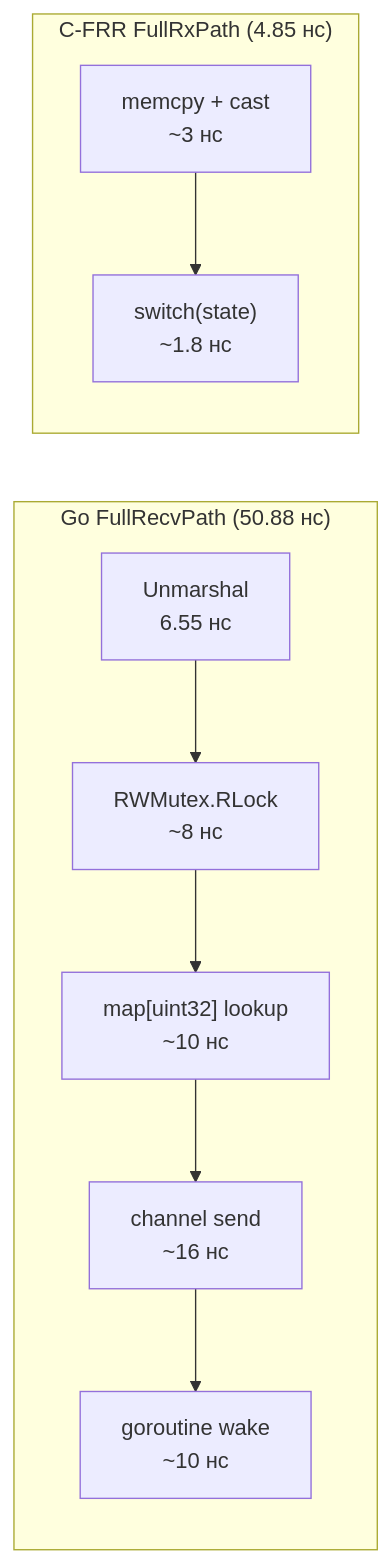
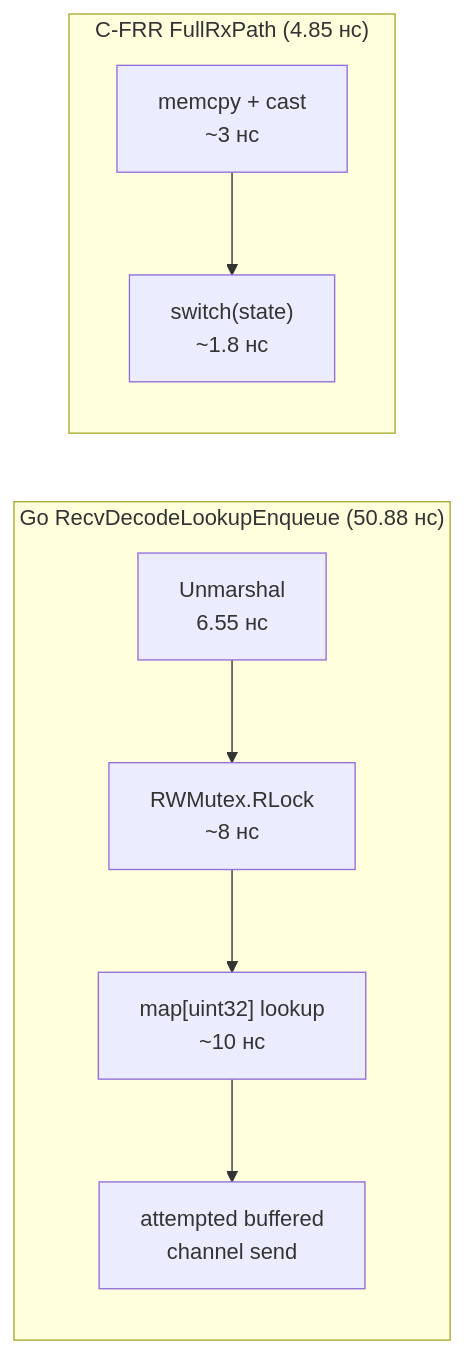
The first of 3 diagrams in docs/ru/14-performance-analysis.md (dantte-lp/gobfd), drawn with Mermaid before and after one commit. The commit also changed other lines of this file and 18 other files, not shown here.

````diff
--- a/docs/ru/14-performance-analysis.md
+++ b/docs/ru/14-performance-analysis.md
@@ -147,13 +158,12 @@
 ```mermaid
 graph LR
-    subgraph "Go FullRecvPath (50.88 нс)"
+    subgraph "Go RecvDecodeLookupEnqueue (50.88 нс)"
         A1["Unmarshal<br/>6.55 нс"] --> A2["RWMutex.RLock<br/>~8 нс"]
         A2 --> A3["map[uint32] lookup<br/>~10 нс"]
-        A3 --> A4["channel send<br/>~16 нс"]
-        A4 --> A5["goroutine wake<br/>~10 нс"]
+        A3 --> A4["attempted buffered<br/>channel send"]
     end
 
     subgraph "C-FRR FullRxPath (4.85 нс)"
         B1["memcpy + cast<br/>~3 нс"] --> B2["switch(state)<br/>~1.8 нс"]
     end
 ```
````
